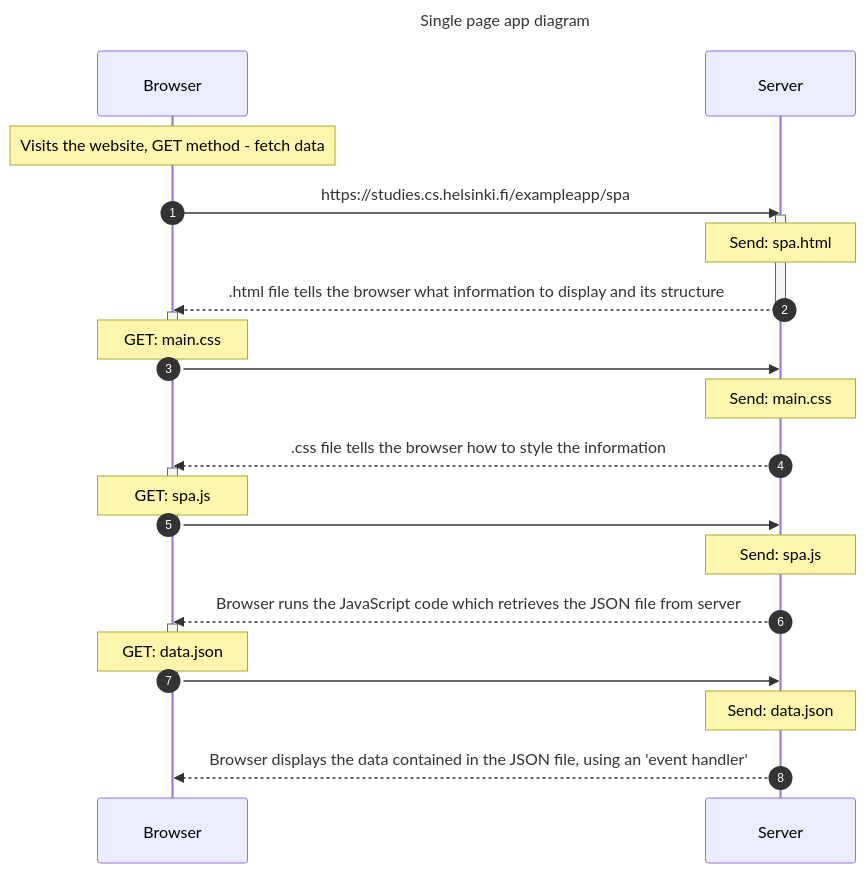
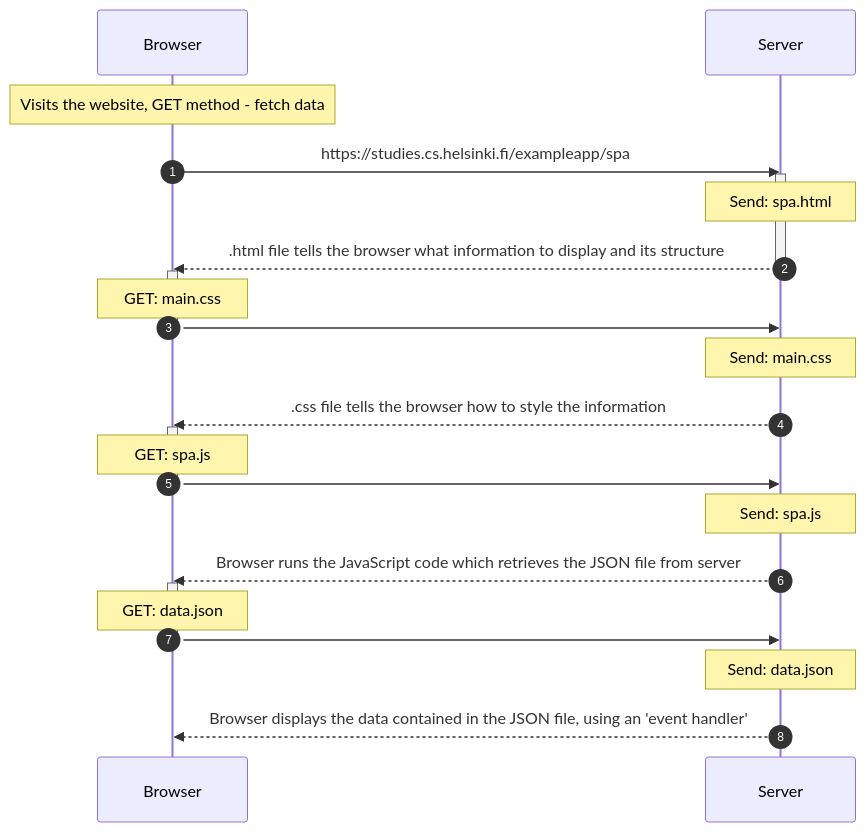
The diagram in part0/single-page-app-diagram.mmd (Bitlaw/fullstackopen-submissions-repository), drawn with Mermaid before and after one commit.

```diff
--- a/part0/single-page-app-diagram.mmd
+++ b/part0/single-page-app-diagram.mmd
@@ -1,37 +1,33 @@
----
-title: Single page app diagram 
----
-
 
 sequenceDiagram
 
     autonumber
 
     Note over Browser:  Visits the website, GET method - fetch data
     Browser->>Server: https://studies.cs.helsinki.fi/exampleapp/spa
 
     activate Server
     Note over Server: Send: spa.html
     Server-->>Browser: .html file tells the browser what information to display and its structure
     deactivate Server
 
     activate Browser 
     Note over Browser: GET: main.css 
     Browser->>Server: 
     deactivate Browser 
     Note over Server: Send: main.css 
     Server-->>Browser: .css file tells the browser how to style the information
 
     activate Browser 
     Note over Browser: GET: spa.js 
     Browser->>Server: 
     deactivate Browser 
     Note over Server: Send: spa.js 
     Server-->>Browser: Browser runs the JavaScript code which retrieves the JSON file from server
 
     activate Browser 
     Note over Browser: GET: data.json 
     Browser->>Server: 
     deactivate Browser 
     Note over Server: Send: data.json
     Server-->>Browser: Browser displays the data contained in the JSON file, using an 'event handler'
```
